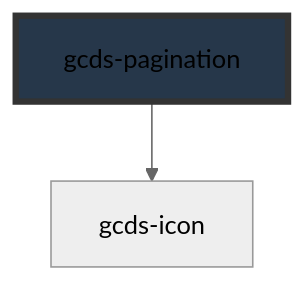
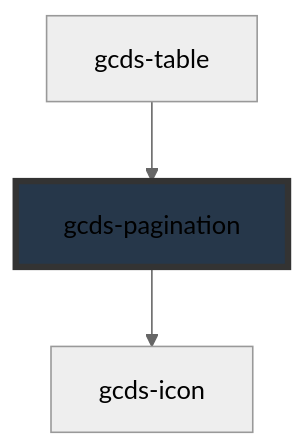
One commit to cds-snc/gcds-components changed the diagram in packages/web/src/components/gcds-pagination/readme.md. Above: the diagram before and after it, drawn with Mermaid (neutral theme). The commit also changed other lines of this file and 16 other files, not shown here.

Commit message:
First commit: table with sorting, filtering and pagination

````diff
--- a/packages/web/src/components/gcds-pagination/readme.md
+++ b/packages/web/src/components/gcds-pagination/readme.md
@@ -43,5 +47,6 @@
 ```mermaid
 graph TD;
   gcds-pagination --> gcds-icon
+  gcds-table --> gcds-pagination
   style gcds-pagination fill:#26374a,stroke:#333,stroke-width:4px
 ```
````
